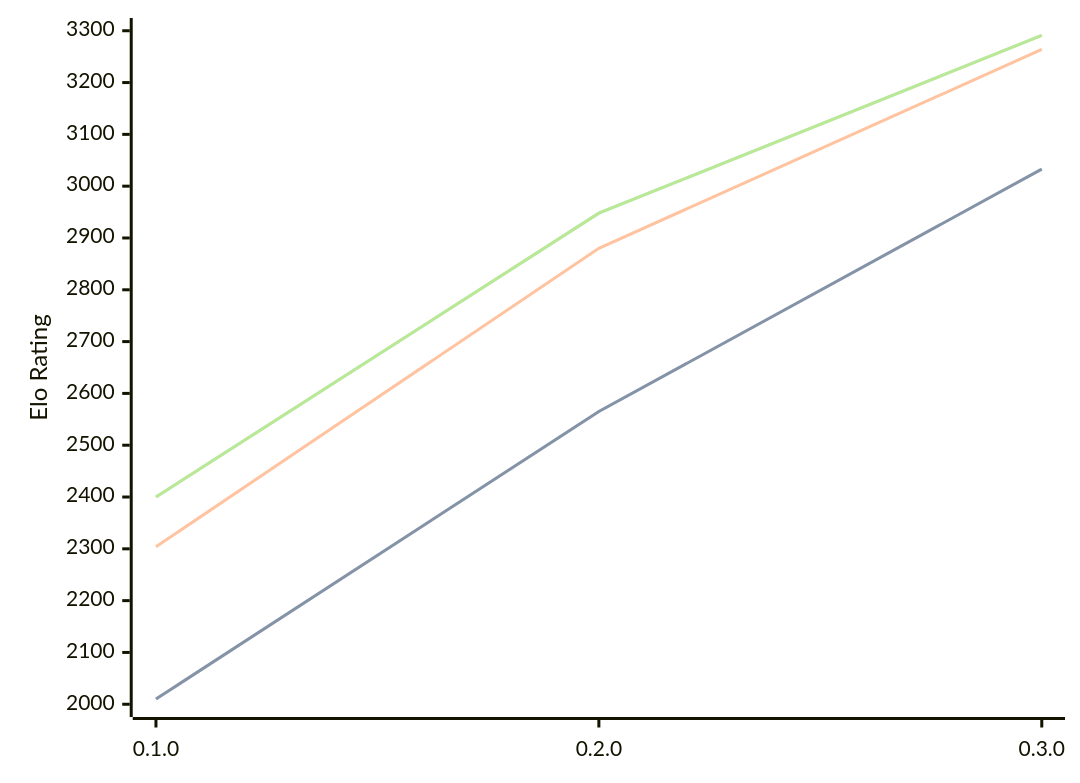
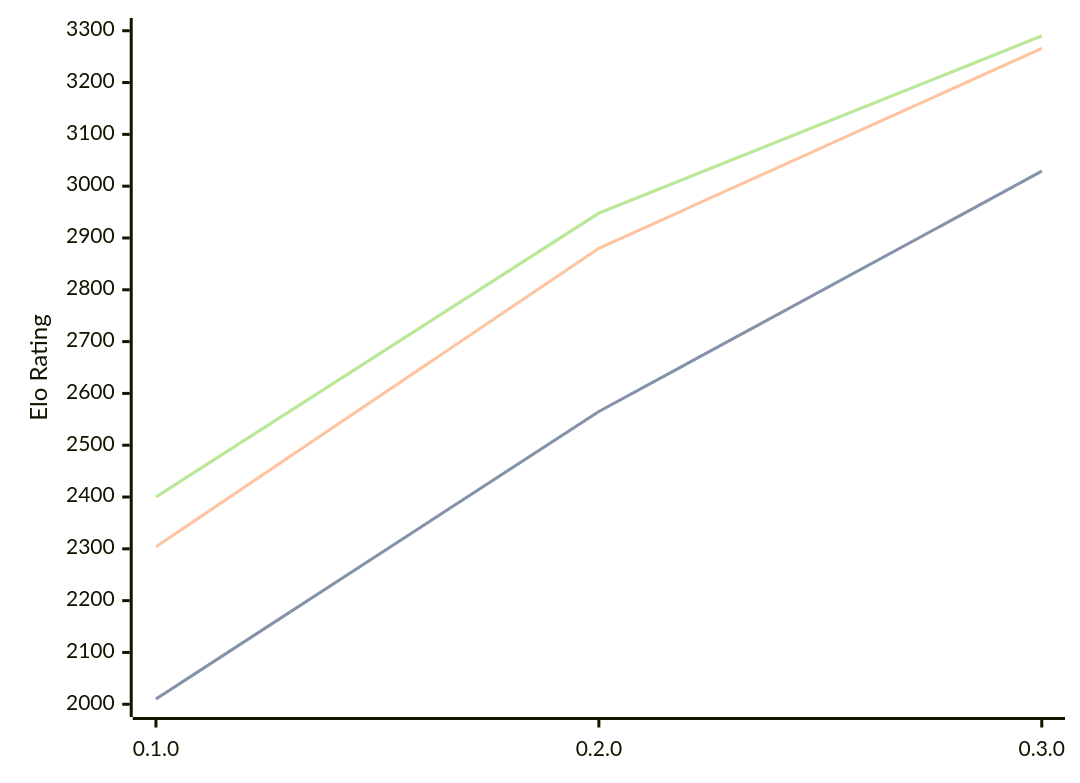
The diagram in engines/Justbot.md (computer-chess-index/cci), drawn with Mermaid before and after one commit. The commit also changed other lines of this file, not shown here.

Commit message:
Update CCI Ratings (ELO VLTC) - 2026-07-27

````diff
--- a/engines/Justbot.md
+++ b/engines/Justbot.md
@@ -33,11 +33,11 @@
 ```mermaid
 %%{init: {"theme":"base","themeVariables":{"seriesColors:['#a3a3a3','#222221','#faa371']}}}%%
 xychart-beta
   x-axis ["0.1.0", "0.2.0", "0.3.0"]
   y-axis "Elo Rating" 2000 --> 3300
-  line "STC (8.0+0.08s)" [2010, 2565, 3033]
-  line "STC (8.0+0.08s)" [2010, 2565, 3033]
-  line "LTC (60.0+0.60s)" [2304, 2880, 3264]
-  line "VLTC (2m24s+1.12s)" [2400, 2948, 3291]
-  line "VLTC (2m24s+1.12s)" [2400, 2948, 3291]
+  line "STC (8.0+0.08s)" [2010, 2565, 3029]
+  line "STC (8.0+0.08s)" [2010, 2565, 3029]
+  line "LTC (60.0+0.60s)" [2304, 2880, 3266]
+  line "VLTC (2m24s+1.12s)" [2400, 2948, 3290]
+  line "VLTC (2m24s+1.12s)" [2400, 2948, 3290]
 ```
````
